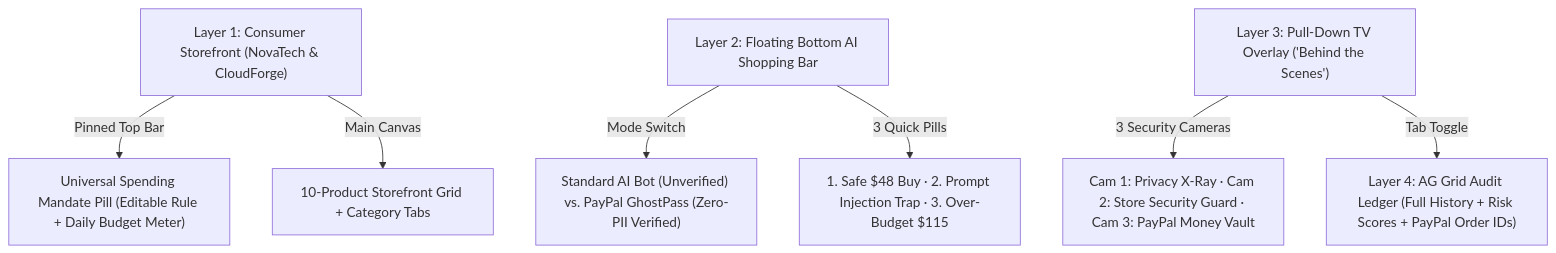
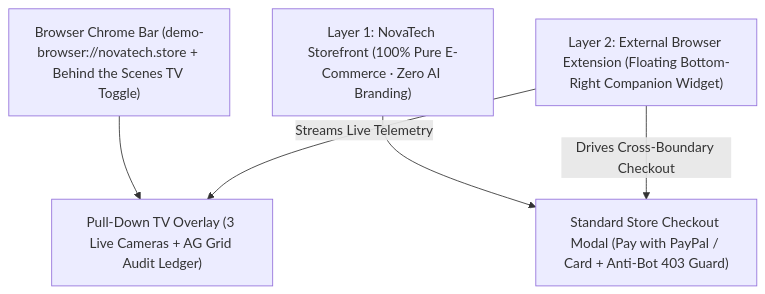
One commit to bhargava562/paypass-agent changed the diagram in docs/03-UI-UX-AND-DEMO-BLUEPRINT.md. Above: the diagram before and after it, drawn with Mermaid. The commit also changed other lines of this file and 32 other files, not shown here.

Commit message:
feat(split-2): separate merchant storefront from external extension, add Two-Brain Gemini + HMAC pipeline, sync Neon SQL/in-memory adapters, tests, and docs

````diff
--- a/docs/03-UI-UX-AND-DEMO-BLUEPRINT.md
+++ b/docs/03-UI-UX-AND-DEMO-BLUEPRINT.md
@@ -11,10 +9,7 @@
 ```mermaid
 flowchart TD
-    L1["Layer 1: Consumer Storefront (NovaTech & CloudForge)"]
-    L1 -->|"Pinned Top Bar"| MandatePill["Universal Spending Mandate Pill (Editable Rule + Daily Budget Meter)"]
-    L1 -->|"Main Canvas"| Grid["10-Product Storefront Grid + Category Tabs"]
-    L2["Layer 2: Floating Bottom AI Shopping Bar"] -->|"Mode Switch"| Modes["Standard AI Bot (Unverified) vs. PayPal GhostPass (Zero-PII Verified)"]
-    L2 -->|"3 Quick Pills"| Scenarios["1. Safe $48 Buy · 2. Prompt Injection Trap · 3. Over-Budget $115"]
-    L3["Layer 3: Pull-Down TV Overlay ('Behind the Scenes')"] -->|"3 Security Cameras"| Cams["Cam 1: Privacy X-Ray · Cam 2: Store Security Guard · Cam 3: PayPal Money Vault"]
-    L3 -->|"Tab Toggle"| L4["Layer 4: AG Grid Audit Ledger (Full History + Risk Scores + PayPal Order IDs)"]
+    Top["Browser Chrome Bar (demo-browser://novatech.store + Behind the Scenes TV Toggle)"] --> TV["Pull-Down TV Overlay (3 Live Cameras + AG Grid Audit Ledger)"]
+    Store["Layer 1: NovaTech Storefront (100% Pure E-Commerce · Zero AI Branding)"] --> Modal["Standard Store Checkout Modal (Pay with PayPal / Card + Anti-Bot 403 Guard)"]
+    Ext["Layer 2: External Browser Extension (Floating Bottom-Right Companion Widget)"] -->|"Drives Cross-Boundary Checkout"| Modal
+    Ext -->|"Streams Live Telemetry"| TV
 ```
````
